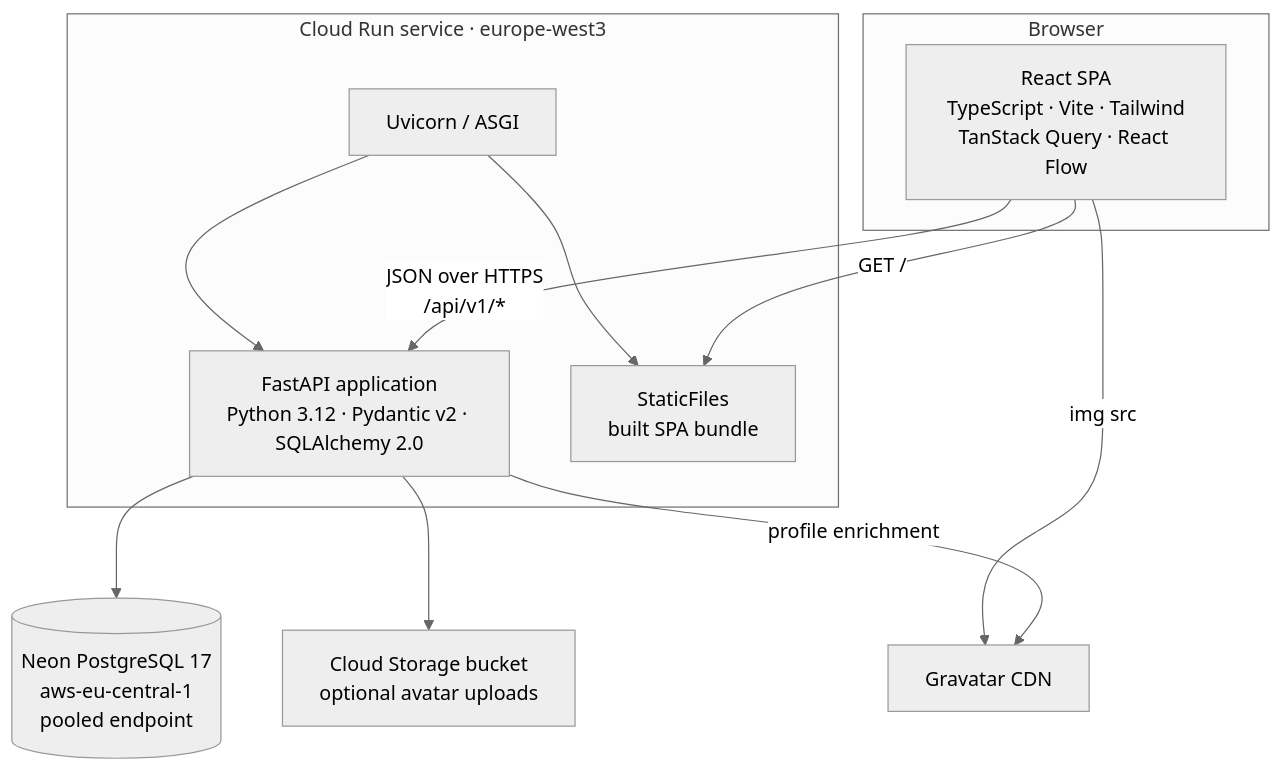
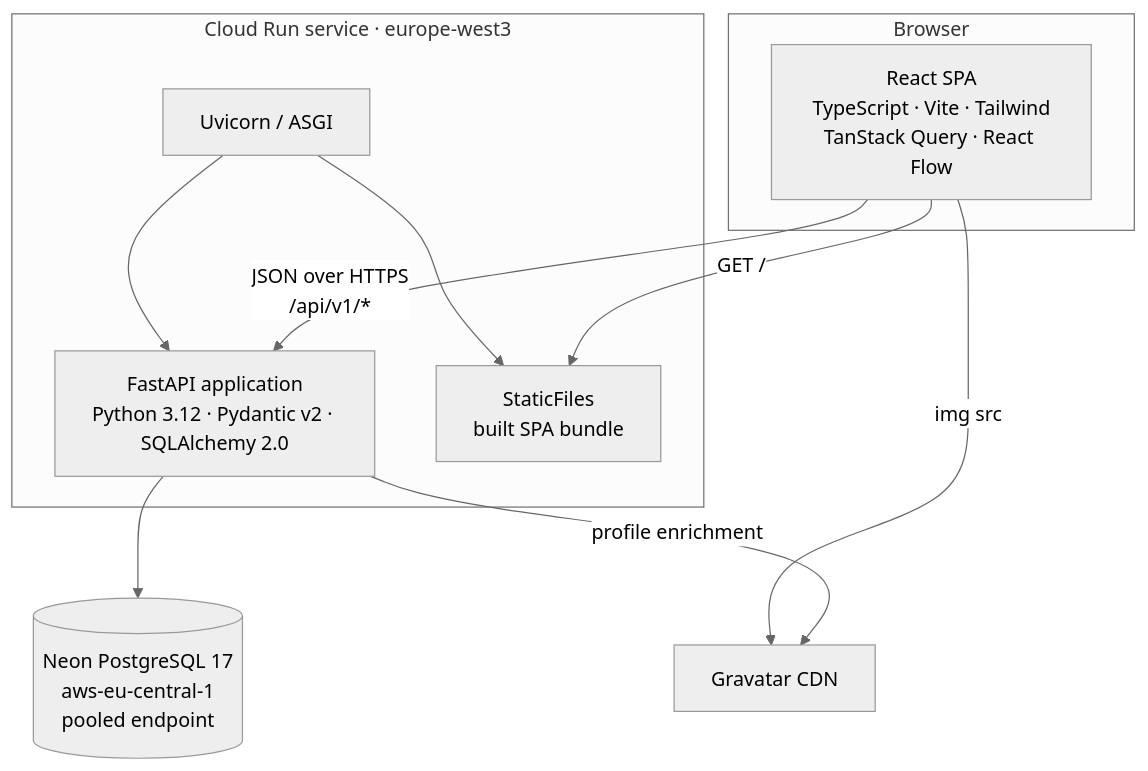
One commit to MichaelKoch23/Epi-Use-Technical-Assessment changed the second of 4 diagrams in docs/TECHNICAL-DESIGN.md. Above: the diagram before and after it, drawn with Mermaid (neutral theme). The commit also changed other lines of this file and 48 other files, not shown here.

````diff
--- a/docs/TECHNICAL-DESIGN.md
+++ b/docs/TECHNICAL-DESIGN.md
@@ -124,25 +124,23 @@
 ```mermaid
 graph TD
     subgraph Browser
         SPA[React SPA<br/>TypeScript · Vite · Tailwind<br/>TanStack Query · React Flow]
     end
 
     subgraph CR["Cloud Run service · europe-west3"]
         UV[Uvicorn / ASGI]
         API[FastAPI application<br/>Python 3.12 · Pydantic v2 · SQLAlchemy 2.0]
         ST[StaticFiles<br/>built SPA bundle]
         UV --> API
         UV --> ST
     end
 
     DB[(Neon PostgreSQL 17<br/>aws-eu-central-1<br/>pooled endpoint)]
     GRV[Gravatar CDN]
-    BLOB[Cloud Storage bucket<br/>optional avatar uploads]
 
     SPA -->|GET /| ST
     SPA -->|JSON over HTTPS<br/>/api/v1/*| API
     SPA -->|img src| GRV
     API --> DB
-    API --> BLOB
     API -->|profile enrichment| GRV
 ```
````
